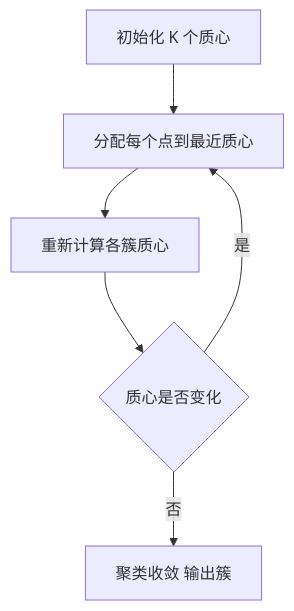
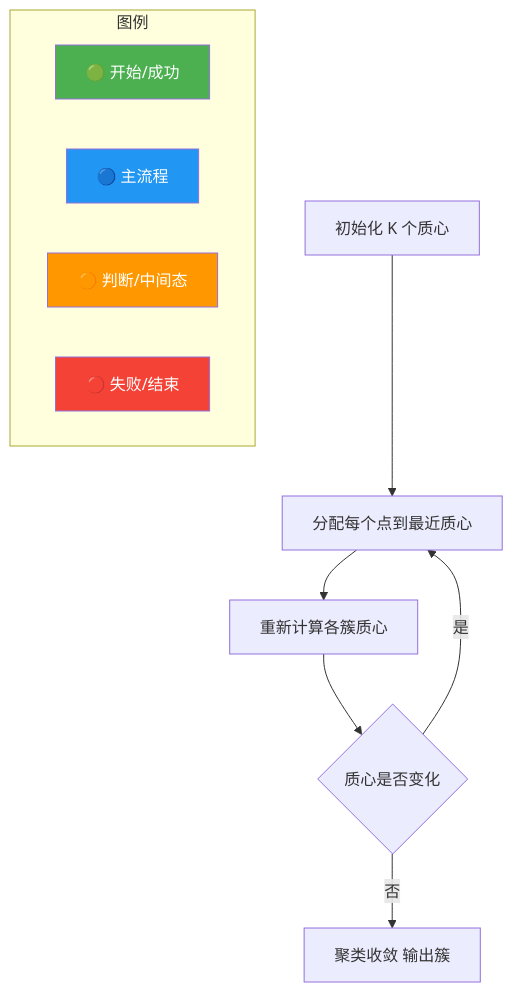
The diagram in questions/llm-core/lln-024.md (SunArthur86/interview-2026), drawn with Mermaid before and after one commit. The commit also changed other lines of this file and 3180 other files, not shown here.

First line of the commit message:
Mermaid颜色增强99% + 面试频率分类(高频1571/中频1115/低频461)

````diff
--- a/questions/llm-core/lln-024.md
+++ b/questions/llm-core/lln-024.md
@@ -101,8 +102,26 @@
 ```mermaid
 flowchart TD
+    classDef start fill:#4CAF50,color:#fff
+    classDef process fill:#2196F3,color:#fff
+    classDef decision fill:#FF9800,color:#fff
+    classDef special fill:#9C27B0,color:#fff
+    classDef error fill:#f44336,color:#fff
+    classDef info fill:#607D8B,color:#fff
+    class A start
+    class B process
+    class C decision
+    class D special
+    class E error
+    class K info
     A[初始化 K 个质心] --> B[分配每个点到最近质心]
     B --> C[重新计算各簇质心]
     C --> D{质心是否变化}
     D -->|是| B
     D -->|否| E[聚类收敛 输出簇]
+    subgraph Legend["图例"]
+        L1["🟢 开始/成功"]:::start
+        L2["🔵 主流程"]:::process
+        L3["🟠 判断/中间态"]:::decision
+        L4["🔴 失败/结束"]:::error
+    end
 ```
````
